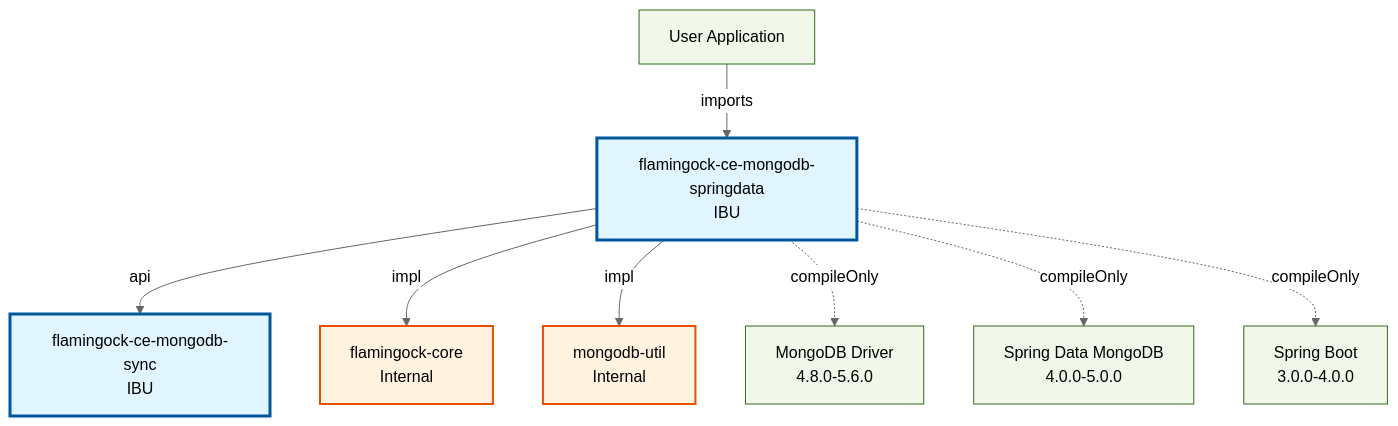
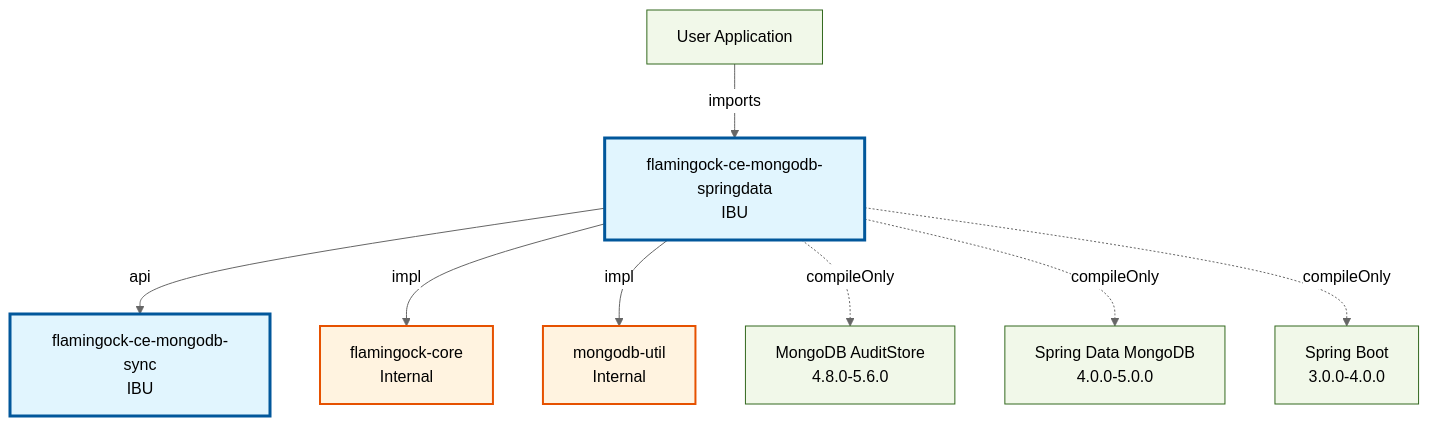
One commit to flamingock/flamingock-java changed the fourth of 6 diagrams in docs/ARCHITECTURE_OVERVIEW.md. Above: the diagram before and after it, drawn with Mermaid (neutral theme). The commit also changed other lines of this file and 71 other files, not shown here.

Commit message:
feat: audit store (#331)

````diff
--- a/docs/ARCHITECTURE_OVERVIEW.md
+++ b/docs/ARCHITECTURE_OVERVIEW.md
@@ -328,25 +328,25 @@
 ```mermaid
 graph TB
     classDef ibu fill:#e1f5fe,stroke:#01579b,stroke-width:3px
     classDef ubu fill:#f3e5f5,stroke:#4a148c,stroke-width:3px
     classDef internal fill:#fff3e0,stroke:#e65100,stroke-width:2px
     classDef external fill:#f1f8e9,stroke:#33691e,stroke-width:1px
 
     User[User Application]:::external
     User -->|imports| flamingock-ce-mongodb-springdata
     
     flamingock-ce-mongodb-springdata[flamingock-ce-mongodb-springdata<br/>IBU]:::ibu
     flamingock-ce-mongodb-sync[flamingock-ce-mongodb-sync<br/>IBU]:::ibu
     flamingock-core[flamingock-core<br/>Internal]:::internal
     mongodb-util[mongodb-util<br/>Internal]:::internal
-    MongoDriver[MongoDB Driver<br/>4.8.0-5.6.0]:::external
+    MongoAuditStore[MongoDB AuditStore<br/>4.8.0-5.6.0]:::external
     SpringData[Spring Data MongoDB<br/>4.0.0-5.0.0]:::external
     SpringBoot[Spring Boot<br/>3.0.0-4.0.0]:::external
     
     flamingock-ce-mongodb-springdata -->|api| flamingock-ce-mongodb-sync
     flamingock-ce-mongodb-springdata -->|impl| flamingock-core
     flamingock-ce-mongodb-springdata -->|impl| mongodb-util
-    flamingock-ce-mongodb-springdata -.->|compileOnly| MongoDriver
+    flamingock-ce-mongodb-springdata -.->|compileOnly| MongoAuditStore
     flamingock-ce-mongodb-springdata -.->|compileOnly| SpringData
     flamingock-ce-mongodb-springdata -.->|compileOnly| SpringBoot
 ```
````
